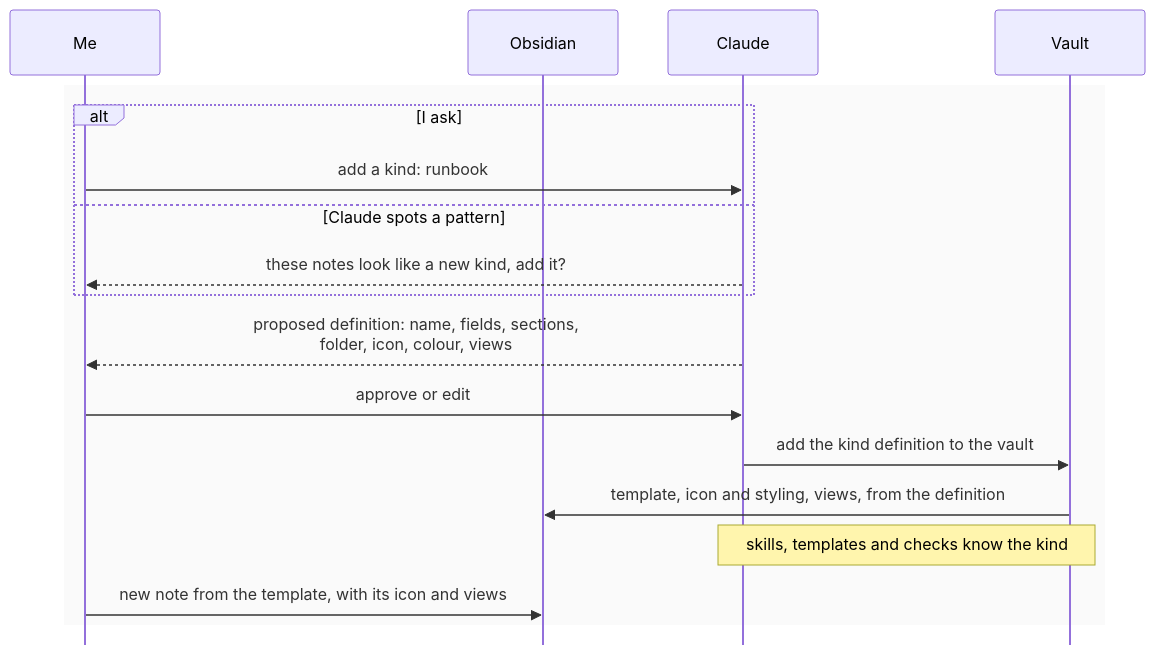
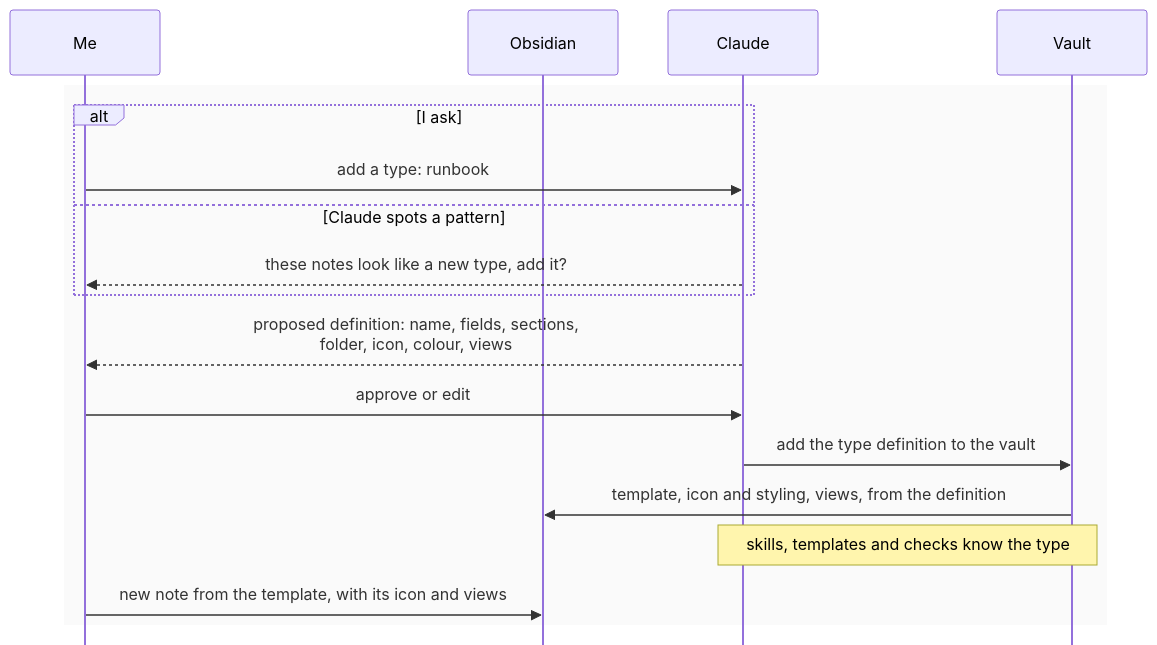
Diagram 13 of 13 in docs/specs/2026-10-11-user-flows.md (Kieranties/kiln), drawn with Mermaid before and after one commit. The commit also changed other lines of this file and 2 other files, not shown here.

First line of the commit message:
docs: design layer 1, the vault structure

````diff
--- a/docs/specs/2026-10-11-user-flows.md
+++ b/docs/specs/2026-10-11-user-flows.md
@@ -459,21 +459,21 @@
 ```mermaid
 %%{init: {"theme": "default", "sequence": {"mirrorActors": false}}}%%
 sequenceDiagram
     participant Me
     participant O as Obsidian
     participant C as Claude
     participant V as Vault
     rect rgb(250, 250, 250)
         alt I ask
-            Me->>C: add a kind: runbook
+            Me->>C: add a type: runbook
         else Claude spots a pattern
-            C-->>Me: these notes look like a new kind, add it?
+            C-->>Me: these notes look like a new type, add it?
         end
         C-->>Me: proposed definition: name, fields, sections,<br/>folder, icon, colour, views
         Me->>C: approve or edit
-        C->>V: add the kind definition to the vault
+        C->>V: add the type definition to the vault
         V->>O: template, icon and styling, views, from the definition
-        Note over C,V: skills, templates and checks know the kind
+        Note over C,V: skills, templates and checks know the type
         Me->>O: new note from the template, with its icon and views
     end
 ```
````
